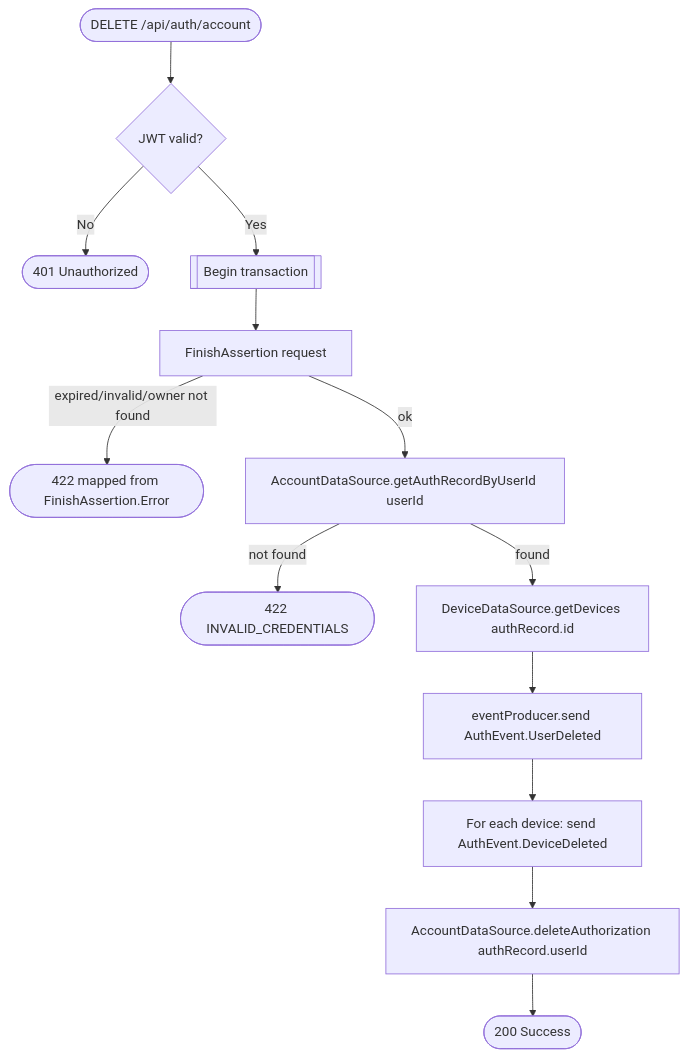
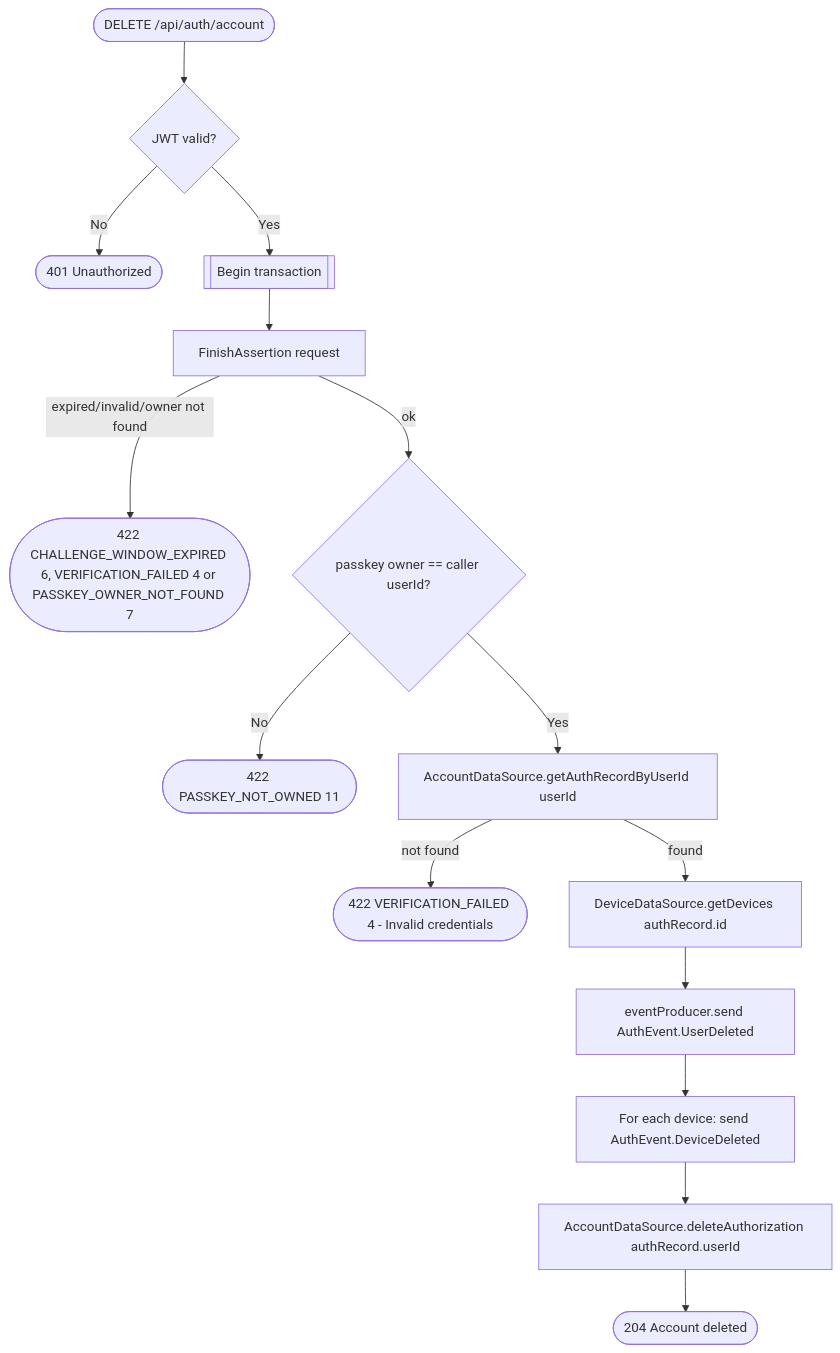
One commit to nocturneproperties/bookkme changed the diagram in docs/operations/authorization/delete-account.md. Above: the diagram before and after it, drawn with Mermaid. The commit also changed other lines of this file and 97 other files, not shown here.

````diff
--- a/docs/operations/authorization/delete-account.md
+++ b/docs/operations/authorization/delete-account.md
@@ -10,15 +13,17 @@
 ```mermaid
 flowchart TD
     Start([DELETE /api/auth/account]) --> Auth{JWT valid?}
     Auth -- No --> R401([401 Unauthorized])
     Auth -- Yes --> Tx[[Begin transaction]]
     Tx --> Verify[FinishAssertion request]
-    Verify -- expired/invalid/owner not found --> R422a([422 mapped from FinishAssertion.Error])
-    Verify -- ok --> GetAuth[AccountDataSource.getAuthRecordByUserId userId]
-    GetAuth -- not found --> R422b([422 INVALID_CREDENTIALS])
+    Verify -- expired/invalid/owner not found --> R422a([422 CHALLENGE_WINDOW_EXPIRED 6, VERIFICATION_FAILED 4 or PASSKEY_OWNER_NOT_FOUND 7])
+    Verify -- ok --> Owner{passkey owner == caller userId?}
+    Owner -- No --> R422c([422 PASSKEY_NOT_OWNED 11])
+    Owner -- Yes --> GetAuth[AccountDataSource.getAuthRecordByUserId userId]
+    GetAuth -- not found --> R422b([422 VERIFICATION_FAILED 4 - Invalid credentials])
     GetAuth -- found --> GetDevices[DeviceDataSource.getDevices authRecord.id]
     GetDevices --> UserDeletedEvt[eventProducer.send AuthEvent.UserDeleted]
     UserDeletedEvt --> DeviceLoop[For each device: send AuthEvent.DeviceDeleted]
     DeviceLoop --> DeleteAuth[AccountDataSource.deleteAuthorization authRecord.userId]
-    DeleteAuth --> R200([200 Success])
+    DeleteAuth --> R204([204 Account deleted])
 ```
````
